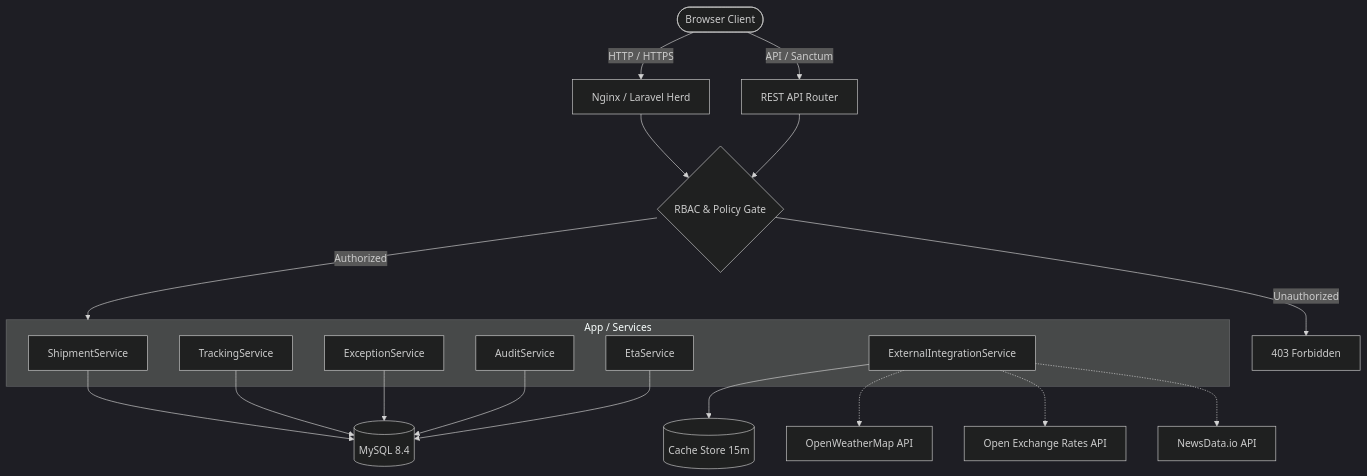
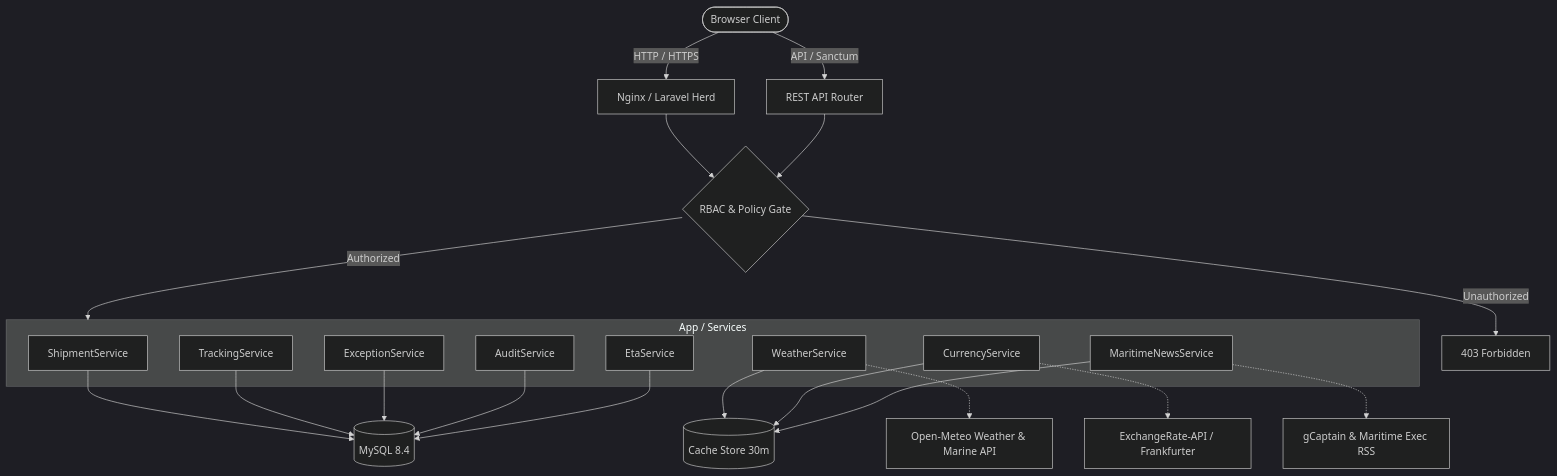
One commit to rapiewww/cargotrace changed the first of 2 diagrams in README.md. Above: the diagram before and after it, drawn with Mermaid (dark theme). The commit also changed other lines of this file and 4 other files, not shown here.

````diff
--- a/README.md
+++ b/README.md
@@ -43,31 +45,36 @@
 ```mermaid
 graph TD
     User([Browser Client]) -->|HTTP / HTTPS| WebServer[Nginx / Laravel Herd]
     User -->|API / Sanctum| ApiServer[REST API Router]
 
     WebServer --> RbacCheck{RBAC & Policy Gate}
     ApiServer --> RbacCheck
 
     RbacCheck -->|Authorized| ServiceLayer[Application Service Layer]
     RbacCheck -->|Unauthorized| Deny403[403 Forbidden]
 
     subgraph ServiceLayer [App / Services]
         ShipmentService[ShipmentService]
         EtaService[EtaService]
         TrackingService[TrackingService]
         ExceptionService[ExceptionService]
-        ExternalService[ExternalIntegrationService]
+        WeatherService[WeatherService]
+        CurrencyService[CurrencyService]
+        MaritimeNewsService[MaritimeNewsService]
         AuditService[AuditService]
     end
 
     ShipmentService --> Database[(MySQL 8.4)]
     TrackingService --> Database
     ExceptionService --> Database
     AuditService --> Database
     EtaService --> Database
 
-    ExternalService --> Cache[(Cache Store 15m)]
-    ExternalService -.-> OpenWeather[OpenWeatherMap API]
-    ExternalService -.-> OpenExchange[Open Exchange Rates API]
-    ExternalService -.-> NewsData[NewsData.io API]
+    WeatherService --> Cache[(Cache Store 30m)]
+    CurrencyService --> Cache
+    MaritimeNewsService --> Cache
+
+    WeatherService -.-> OpenMeteo[Open-Meteo Weather & Marine API]
+    CurrencyService -.-> OpenERAPI[ExchangeRate-API / Frankfurter]
+    MaritimeNewsService -.-> NewsRSS[gCaptain & Maritime Exec RSS]
 ```
````
